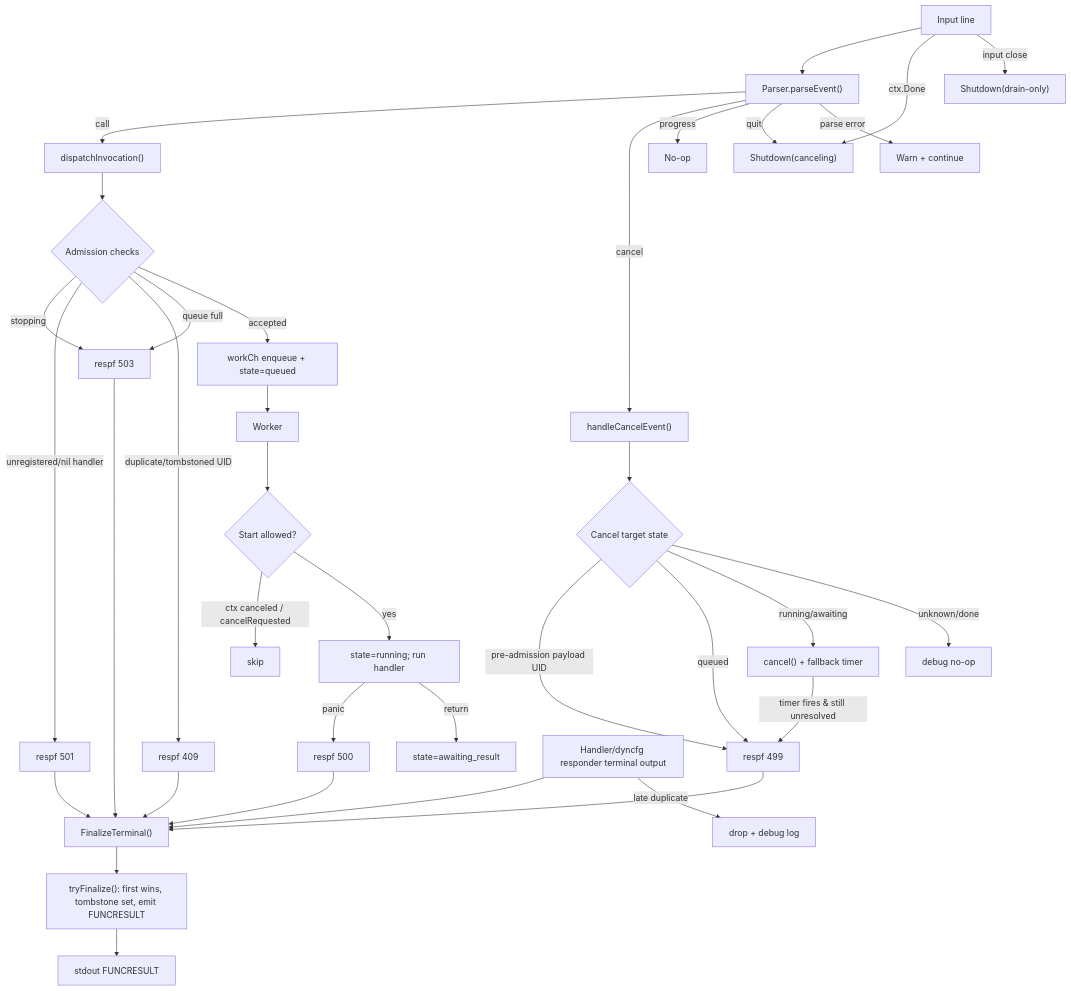
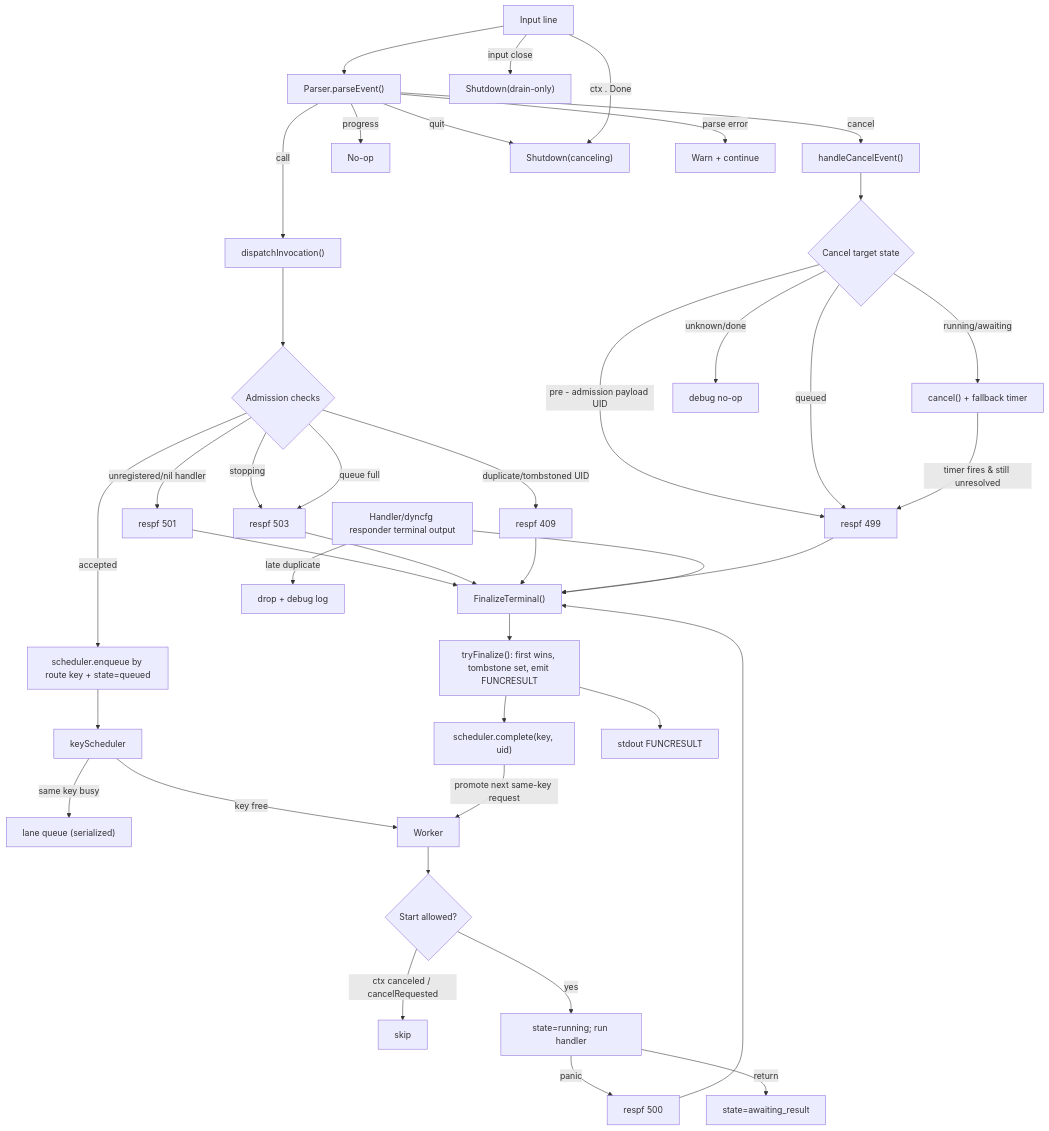
The diagram in src/go/plugin/framework/functions/README.md (netdata/netdata), drawn with Mermaid before and after one commit. The commit also changed other lines of this file and 4 other files, not shown here.

Commit message:
functions: add route-key scheduler and worker split

````diff
--- a/src/go/plugin/framework/functions/README.md
+++ b/src/go/plugin/framework/functions/README.md
@@ -127,44 +136,42 @@
 ```mermaid
 flowchart TD
-  A["Input line"] --> B["Parser.parseEvent()"]
-  B -->|call| C["dispatchInvocation()"]
-  B -->|cancel| D["handleCancelEvent()"]
-  B -->|progress| E["No-op"]
-  B -->|quit| F["Shutdown(canceling)"]
-  B -->|parse error| G["Warn + continue"]
-
-  C --> C1{"Admission checks"}
-  C1 -->|stopping| R503["respf 503"]
-  C1 -->|unregistered/nil handler| R501["respf 501"]
-  C1 -->|duplicate/tombstoned UID| R409["respf 409"]
-  C1 -->|queue full| R503
-  C1 -->|accepted| Q["workCh enqueue + state=queued"]
-
-  Q --> W["Worker"]
-  W --> W1{"Start allowed?"}
-  W1 -->|ctx canceled / cancelRequested| X["skip"]
-  W1 -->|yes| W2["state=running; run handler"]
-  W2 -->|panic| R500["respf 500"]
-  W2 -->|return| AWAIT["state=awaiting_result"]
-
-  D --> D1{"Cancel target state"}
-  D1 -->|pre-admission payload UID| C499["respf 499"]
-  D1 -->|queued| C499
-  D1 -->|running/awaiting| TMR["cancel() + fallback timer"]
-  D1 -->|unknown/done| NOP["debug no-op"]
-  TMR -->|timer fires & still unresolved| C499
-
-  R501 --> FIN["FinalizeTerminal()"]
-  R503 --> FIN
-  R409 --> FIN
-  R500 --> FIN
-  C499 --> FIN
-  HRESP["Handler/dyncfg responder terminal output"] --> FIN
-
-  FIN --> TF["tryFinalize(): first wins, tombstone set, emit FUNCRESULT"]
-  TF --> OUT["stdout FUNCRESULT"]
-  HRESP -->|late duplicate| DROP["drop + debug log"]
-
-  A -->|ctx.Done| F
-  A -->|input close| F2["Shutdown(drain-only)"]
+    A["Input line"] --> B["Parser.parseEvent()"]
+    B -->|call| C["dispatchInvocation()"]
+    B -->|cancel| D["handleCancelEvent()"]
+    B -->|progress| E["No-op"]
+    B -->|quit| F["Shutdown(canceling)"]
+    B -->|parse error| G["Warn + continue"]
+    C --> C1{"Admission checks"}
+    C1 -->|stopping| R503["respf 503"]
+    C1 -->|unregistered/nil handler| R501["respf 501"]
+    C1 -->|duplicate/tombstoned UID| R409["respf 409"]
+    C1 -->|queue full| R503
+    C1 -->|accepted| Q["scheduler.enqueue by route key + state=queued"]
+    Q --> S["keyScheduler"]
+    S -->|same key busy| SQ["lane queue (serialized)"]
+    S -->|key free| W["Worker"]
+    W --> W1{"Start allowed?"}
+    W1 -->|ctx canceled / cancelRequested| X["skip"]
+    W1 -->|yes| W2["state=running; run handler"]
+    W2 -->|panic| R500["respf 500"]
+    W2 -->|return| AWAIT["state=awaiting_result"]
+    D --> D1{"Cancel target state"}
+    D1 -->|pre - admission payload UID| C499["respf 499"]
+    D1 -->|queued| C499
+    D1 -->|running/awaiting| TMR["cancel() + fallback timer"]
+    D1 -->|unknown/done| NOP["debug no-op"]
+    TMR -->|timer fires & still unresolved| C499
+    R501 --> FIN["FinalizeTerminal()"]
+    R503 --> FIN
+    R409 --> FIN
+    R500 --> FIN
+    C499 --> FIN
+    HRESP["Handler/dyncfg responder terminal output"] --> FIN
+    FIN --> TF["tryFinalize(): first wins, tombstone set, emit FUNCRESULT"]
+    TF --> SREL["scheduler.complete(key, uid)"]
+    SREL -->|promote next same-key request| W
+    TF --> OUT["stdout FUNCRESULT"]
+    HRESP -->|late duplicate| DROP["drop + debug log"]
+    A -->|ctx . Done| F
+    A -->|input close| F2["Shutdown(drain-only)"]
 ```
````
